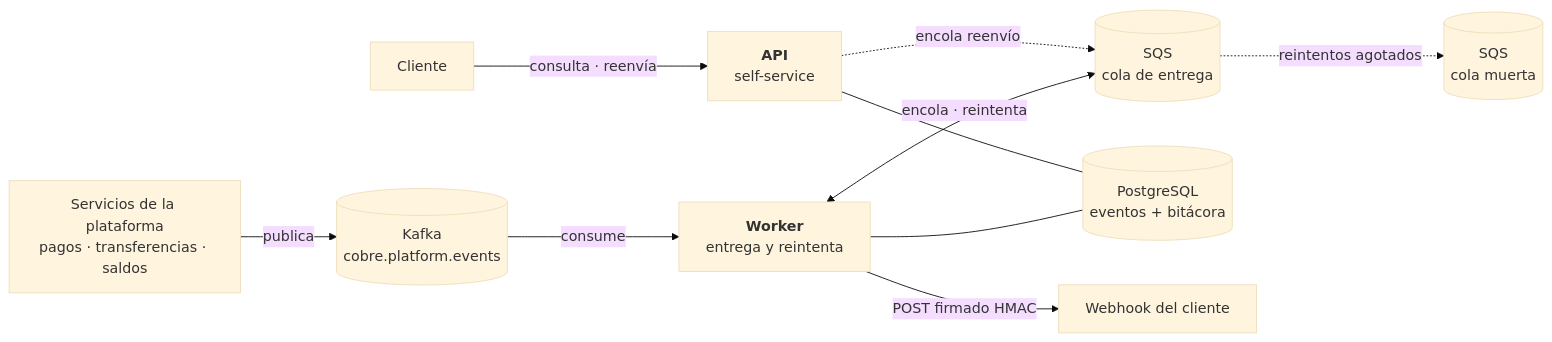
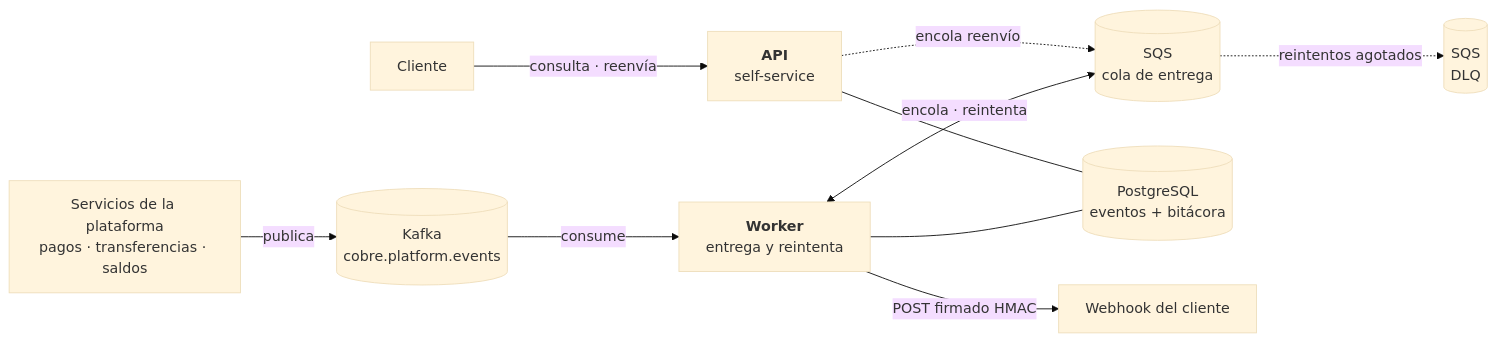
Before and after one commit to ssalaza7/cobre-notification-delivery: the first of 5 diagrams in README.md, drawn with Mermaid (base theme). The commit also changed other lines of this file and 14 other files, not shown here.

````diff
--- a/README.md
+++ b/README.md
@@ -19,22 +19,22 @@
 ```mermaid
 flowchart LR
     SVC["Servicios de la plataforma<br/>pagos · transferencias · saldos"]
     K[("Kafka<br/>cobre.platform.events")]
     W["<b>Worker</b><br/>entrega y reintenta"]
     API["<b>API</b><br/>self-service"]
     Q[("SQS<br/>cola de entrega")]
-    DLQ[("SQS<br/>cola muerta")]
+    DLQ[("SQS<br/>DLQ")]
     DB[("PostgreSQL<br/>eventos + bitácora")]
     CLI["Webhook del cliente"]
     USR["Cliente"]
 
     SVC -->|publica| K
     K -->|consume| W
     W <-->|encola · reintenta| Q
     Q -.->|reintentos agotados| DLQ
     W -->|POST firmado HMAC| CLI
     W --- DB
     API --- DB
     USR -->|consulta · reenvía| API
     API -.->|encola reenvío| Q
 ```
````
